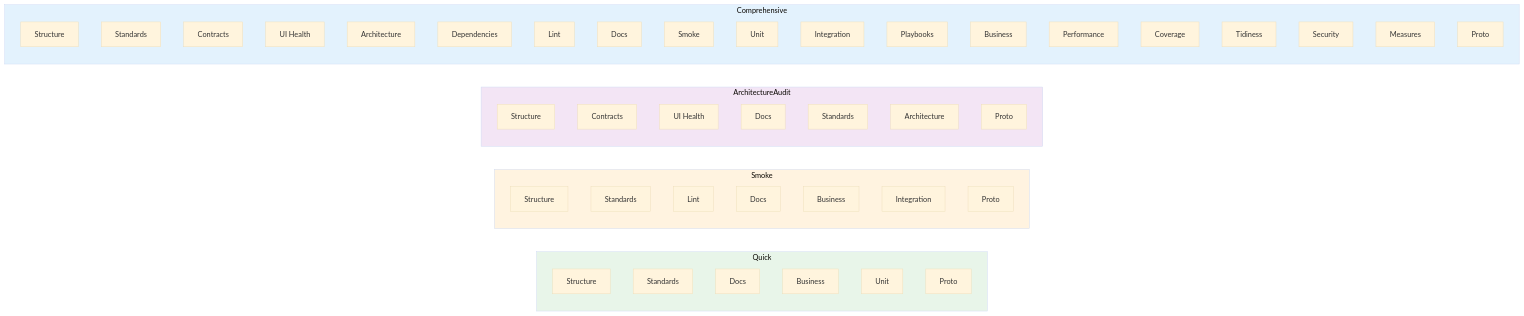
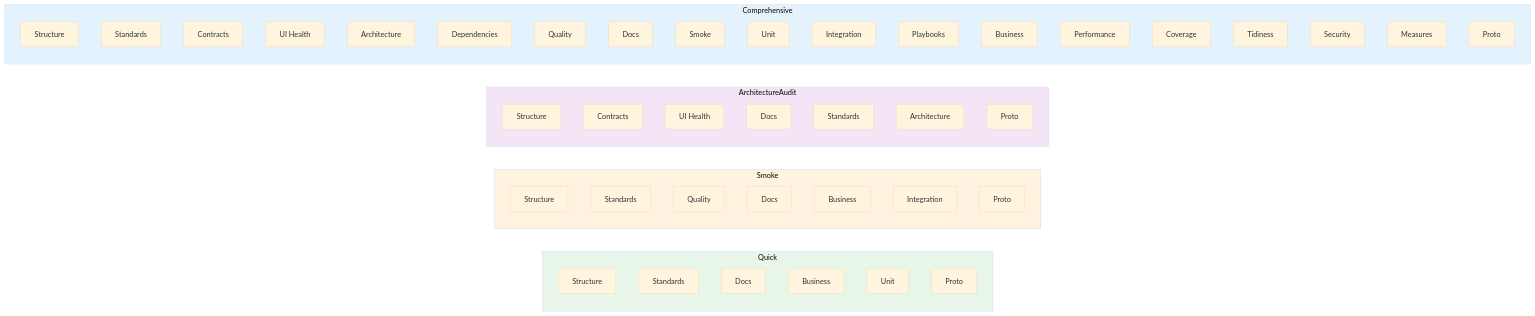
The diagram in scenarios/test-genie/docs/reference/presets.md (Vrooli/Vrooli), drawn with Mermaid (base theme) before and after one commit. The commit also changed other lines of this file and 88 other files, not shown here.

````diff
--- a/scenarios/test-genie/docs/reference/presets.md
+++ b/scenarios/test-genie/docs/reference/presets.md
@@ -147,58 +147,58 @@
 ```mermaid
 graph LR
     subgraph Quick
         Q1[Structure]
         Q2[Standards]
         Q3[Docs]
         Q4[Business]
         Q5[Unit]
         Q6[Proto]
     end
 
     subgraph Smoke
         S1[Structure]
         S2[Standards]
-        S3[Lint]
+        S3[Quality]
         S4[Docs]
         S5[Business]
         S6[Integration]
         S7[Proto]
     end
 
     subgraph ArchitectureAudit
         A1[Structure]
         A2[Contracts]
         A3[UI Health]
         A4[Docs]
         A5[Standards]
         A6[Architecture]
         A7[Proto]
     end
 
     subgraph Comprehensive
         C1[Structure]
         C2[Standards]
         C3[Contracts]
         C4[UI Health]
         C5[Architecture]
         C6[Dependencies]
-        C7[Lint]
+        C7[Quality]
         C8[Docs]
         C9[Smoke]
         C10[Unit]
         C11[Integration]
         C12[Playbooks]
         C13[Business]
         C14[Performance]
         C15[Coverage]
         C16[Tidiness]
         C17[Security]
         C18[Measures]
         C19[Proto]
     end
 
     style Quick fill:#e8f5e9
     style Smoke fill:#fff3e0
     style ArchitectureAudit fill:#f3e5f5
     style Comprehensive fill:#e3f2fd
 ```
````
